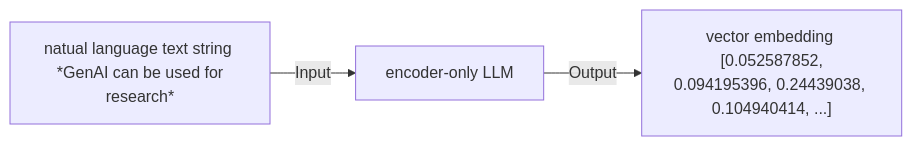
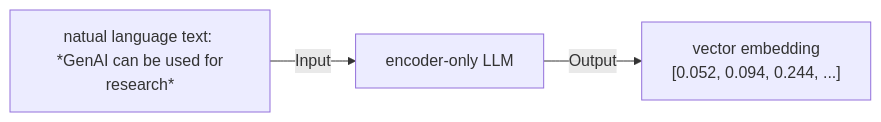
Before and after one commit to NYU-RTS/rts-docs-dev: the diagram in docs/genai/04_how_to_guides/02_embeddings.mdx, drawn with Mermaid. The commit also changed other lines of this file and 1 other file, not shown here.

````diff
--- a/docs/genai/04_how_to_guides/02_embeddings.mdx
+++ b/docs/genai/04_how_to_guides/02_embeddings.mdx
@@ -5,8 +5,8 @@
 ```mermaid
 flowchart LR;
-    A["natual language text string <br> *GenAI can be used for research*"]
+    A["natual language text: <br> *GenAI can be used for research*"]
     B["encoder-only LLM"]
-    C["vector embedding <br> [0.052587852, 0.094195396, 0.24439038, 0.104940414, ...]"]
+    C["vector embedding <br> [0.052, 0.094, 0.244, ...]"]
     A-- "Input" -->B;
     B-- "Output" -->C;
 ```
````
